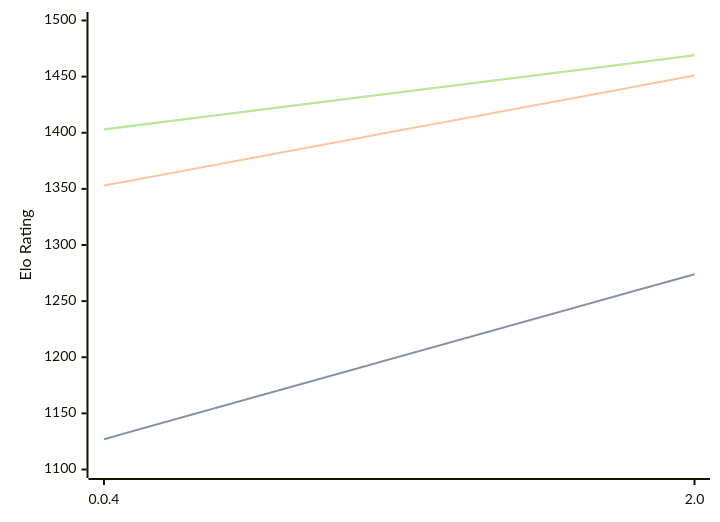
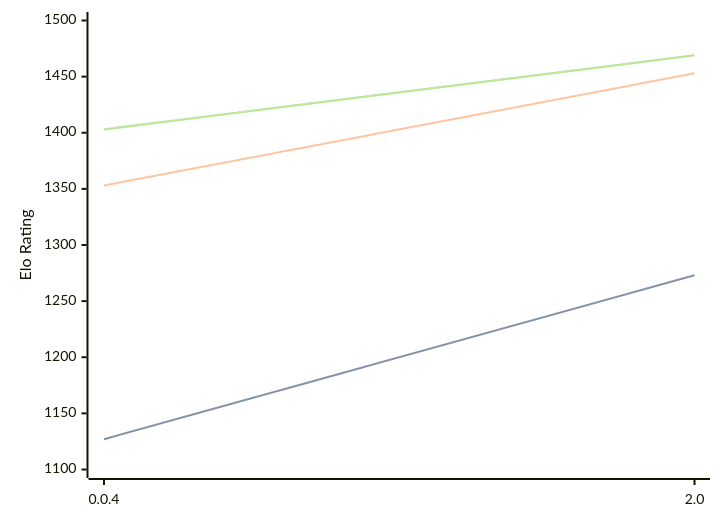
One commit to computer-chess-index/cci changed the diagram in engines/Oops!Mate.md. Above: the diagram before and after it, drawn with Mermaid. The commit also changed other lines of this file, not shown here.

````diff
--- a/engines/Oops!Mate.md
+++ b/engines/Oops!Mate.md
@@ -52,11 +52,11 @@
 ```mermaid
 %%{init: {"theme":"base","themeVariables":{"seriesColors:['#a3a3a3','#222221','#faa371']}}}%%
 xychart-beta
   x-axis ["0.0.4", "2.0"]
   y-axis "Elo Rating" 1100 --> 1500
-  line "STC (8.0+0.08s)" [1127, 1274]
-  line "STC (8.0+0.08s)" [1127, 1274]
-  line "LTC (60.0+0.60s)" [1353, 1451]
+  line "STC (8.0+0.08s)" [1127, 1273]
+  line "STC (8.0+0.08s)" [1127, 1273]
+  line "LTC (60.0+0.60s)" [1353, 1453]
   line "VLTC (2m24s+1.12s)" [1403, 1469]
   line "VLTC (2m24s+1.12s)" [1403, 1469]
 ```
````
